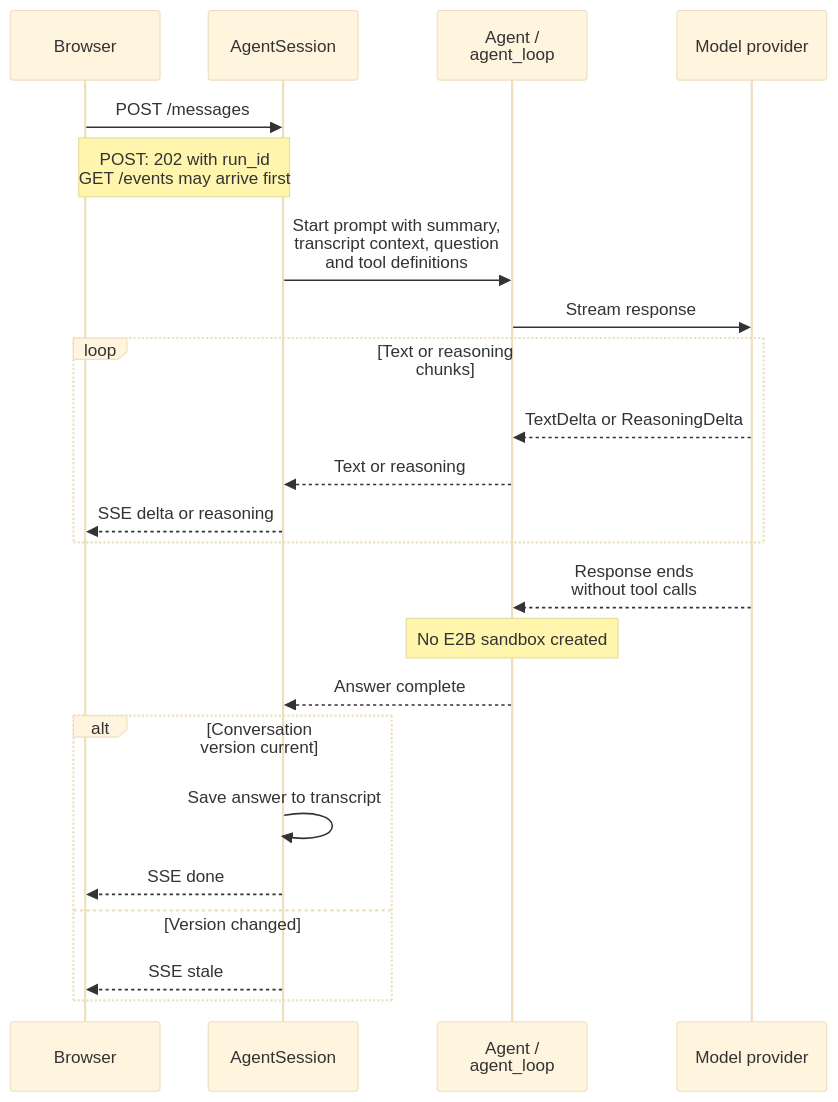
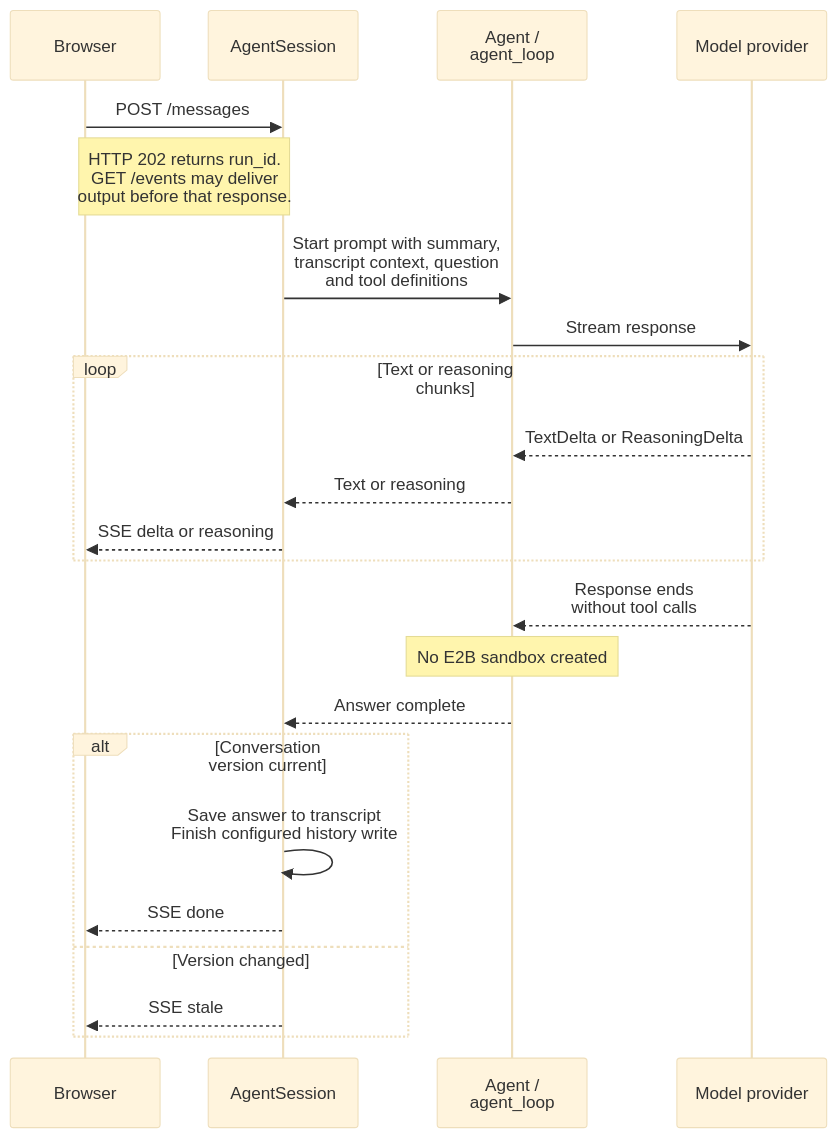
Before and after one commit to j3soon/nurse-scheduling: the seventh of 15 diagrams in docs/content/developer-guide/ai-assistant.md, drawn with Mermaid (base theme). The commit also changed other lines of this file and 1 other file, not shown here.

First line of the commit message:
docs(ai): clarify unified session events and diagrams

````diff
--- a/docs/content/developer-guide/ai-assistant.md
+++ b/docs/content/developer-guide/ai-assistant.md
@@ -265,36 +270,36 @@
 ```mermaid
 ---
 config:
   sequence:
     actorMargin: 12
     width: 140
     diagramMarginX: 4
     diagramMarginY: 8
     wrap: false
     wrapPadding: 4
 ---
 sequenceDiagram
     participant Browser
     participant AI as AgentSession
     participant Agent as Agent /<br/>agent_loop
     participant Model as Model provider
 
     Browser->>AI: POST /messages
-    Note over Browser,AI: POST: 202 with run_id<br/>GET /events may arrive first
+    Note over Browser,AI: HTTP 202 returns run_id.<br/>GET /events may deliver<br/>output before that response.
     AI->>Agent: Start prompt with summary,<br/>transcript context, question<br/>and tool definitions
     Agent->>Model: Stream response
     loop Text or reasoning chunks
         Model-->>Agent: TextDelta or ReasoningDelta
         Agent-->>AI: Text or reasoning
         AI-->>Browser: SSE delta or reasoning
     end
     Model-->>Agent: Response ends<br/>without tool calls
     Note over Agent: No E2B sandbox created
     Agent-->>AI: Answer complete
     alt Conversation version current
-        AI->>AI: Save answer to transcript
+        AI->>AI: Save answer to transcript<br/>Finish configured history write
         AI-->>Browser: SSE done
     else Version changed
         AI-->>Browser: SSE stale
     end
 ```
````
